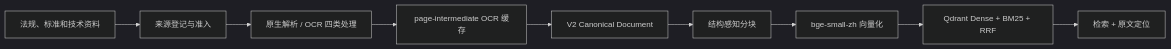
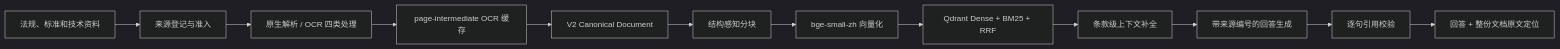
Before and after one commit to weixiaocan/env-reg-rag: the diagram in docs/ARCHITECTURE.md, drawn with Mermaid (dark theme). The commit also changed other lines of this file and 426 other files, not shown here.

````diff
--- a/docs/ARCHITECTURE.md
+++ b/docs/ARCHITECTURE.md
@@ -5,11 +5,14 @@
 ```mermaid
 flowchart LR
     PDF[法规、标准和技术资料] --> REG[来源登记与准入]
     REG --> PARSE[原生解析 / OCR 四类处理]
     PARSE --> PAGE[page-intermediate OCR 缓存]
     PAGE --> DOC[V2 Canonical Document]
     DOC --> CHUNK[结构感知分块]
     CHUNK --> VEC[bge-small-zh 向量化]
     VEC --> QD[Qdrant Dense + BM25 + RRF]
-    QD --> RET[检索 + 原文定位]
+    QD --> EXP[条款级上下文补全]
+    EXP --> GEN[带来源编号的回答生成]
+    GEN --> VAL[逐句引用校验]
+    VAL --> UI[回答 + 整份文档原文定位]
 ```
````
